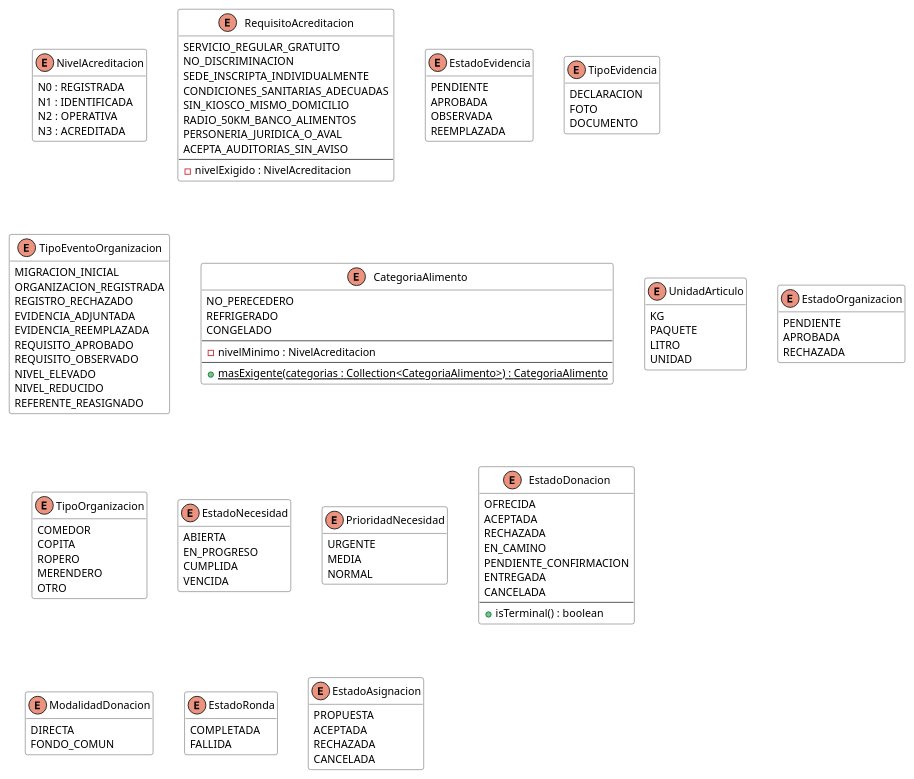
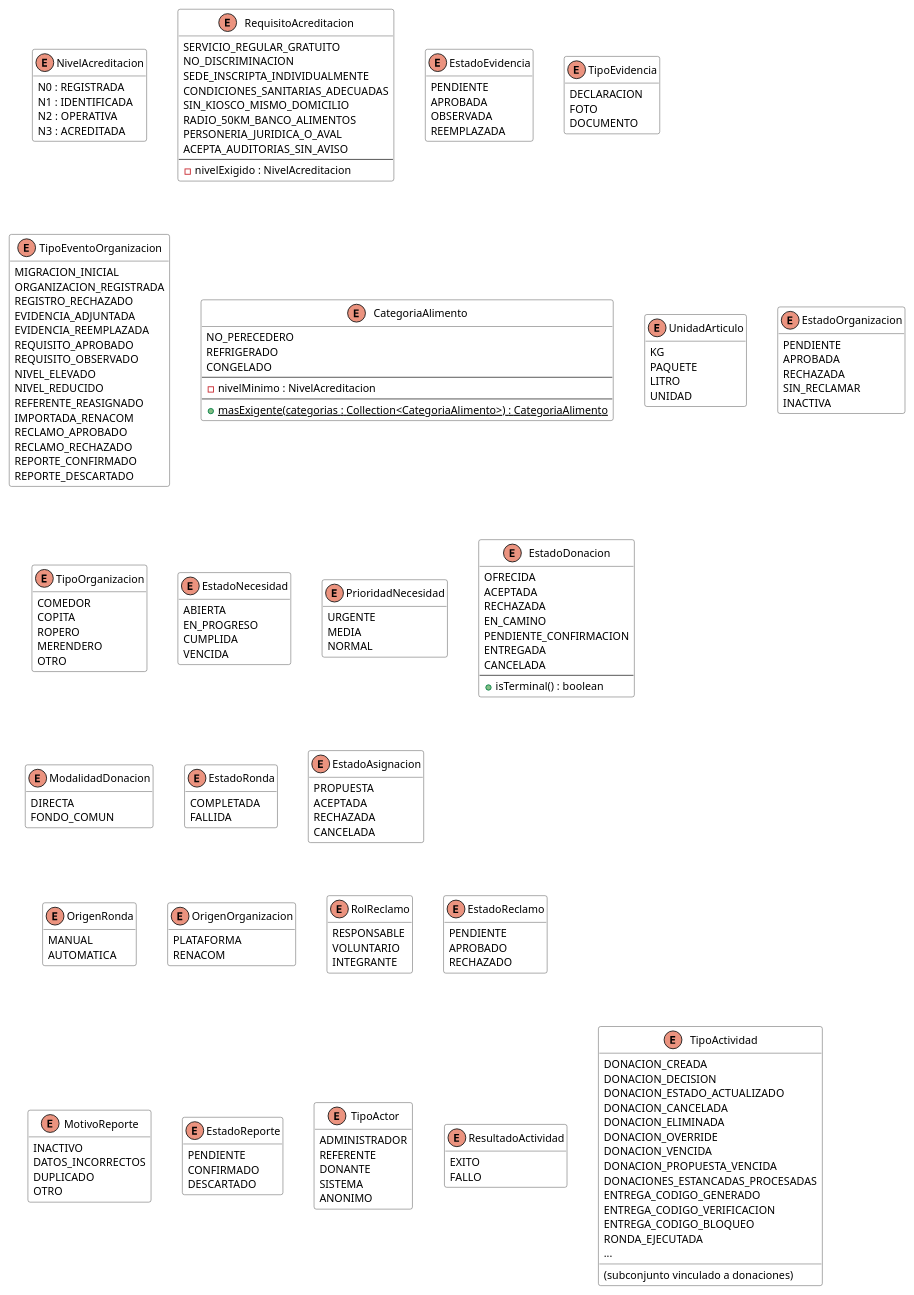
Before and after one commit to S21-Projects/hornero_monorepo: the diagram in docs/tesis/diagramas/estructura/clases-enumeraciones.puml, drawn with PlantUML. The commit also changed 31 other files, not shown here.

Commit message:
docs(tesis): update and add UML diagrams

```diff
--- a/docs/tesis/diagramas/estructura/clases-enumeraciones.puml
+++ b/docs/tesis/diagramas/estructura/clases-enumeraciones.puml
@@ -50,6 +50,11 @@
   NIVEL_ELEVADO
   NIVEL_REDUCIDO
   REFERENTE_REASIGNADO
+  IMPORTADA_RENACOM
+  RECLAMO_APROBADO
+  RECLAMO_RECHAZADO
+  REPORTE_CONFIRMADO
+  REPORTE_DESCARTADO
 }
 enum CategoriaAlimento {
   NO_PERECEDERO
@@ -70,6 +75,8 @@
   PENDIENTE
   APROBADA
   RECHAZADA
+  SIN_RECLAMAR
+  INACTIVA
 }
 enum TipoOrganizacion {
   COMEDOR
@@ -131,4 +138,72 @@
 ModalidadDonacion -[hidden]right- EstadoRonda
 EstadoRonda -[hidden]right- EstadoAsignacion
 
+enum OrigenRonda {
+  MANUAL
+  AUTOMATICA
+}
+enum OrigenOrganizacion {
+  PLATAFORMA
+  RENACOM
+}
+enum RolReclamo {
+  RESPONSABLE
+  VOLUNTARIO
+  INTEGRANTE
+}
+enum EstadoReclamo {
+  PENDIENTE
+  APROBADO
+  RECHAZADO
+}
+enum MotivoReporte {
+  INACTIVO
+  DATOS_INCORRECTOS
+  DUPLICADO
+  OTRO
+}
+enum EstadoReporte {
+  PENDIENTE
+  CONFIRMADO
+  DESCARTADO
+}
+enum TipoActor {
+  ADMINISTRADOR
+  REFERENTE
+  DONANTE
+  SISTEMA
+  ANONIMO
+}
+enum ResultadoActividad {
+  EXITO
+  FALLO
+}
+enum TipoActividad {
+  DONACION_CREADA
+  DONACION_DECISION
+  DONACION_ESTADO_ACTUALIZADO
+  DONACION_CANCELADA
+  DONACION_ELIMINADA
+  DONACION_OVERRIDE
+  DONACION_VENCIDA
+  DONACION_PROPUESTA_VENCIDA
+  DONACIONES_ESTANCADAS_PROCESADAS
+  ENTREGA_CODIGO_GENERADO
+  ENTREGA_CODIGO_VERIFICACION
+  ENTREGA_CODIGO_BLOQUEO
+  RONDA_EJECUTADA
+  ...
+  (subconjunto vinculado a donaciones)
+}
+
+ModalidadDonacion -[hidden]down- OrigenRonda
+OrigenRonda -[hidden]right- OrigenOrganizacion
+OrigenOrganizacion -[hidden]right- RolReclamo
+RolReclamo -[hidden]right- EstadoReclamo
+OrigenRonda -[hidden]down- MotivoReporte
+MotivoReporte -[hidden]right- EstadoReporte
+EstadoReporte -[hidden]right- TipoActor
+TipoActor -[hidden]right- ResultadoActividad
+ResultadoActividad -[hidden]right- TipoActividad
+
 @enduml
```
